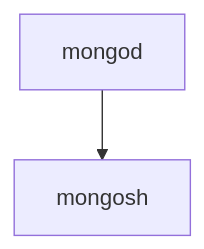
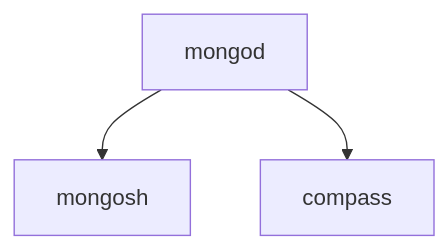
One commit to esensato/nosql-2023-02 changed the diagram in noSQL-MONGODB.md. Above: the diagram before and after it, drawn with Mermaid.

````diff
--- a/noSQL-MONGODB.md
+++ b/noSQL-MONGODB.md
@@ -48,4 +48,5 @@
 ```mermaid
 graph TD;
     mongod-->mongosh;
+    mongod-->compass;
 ```
````
